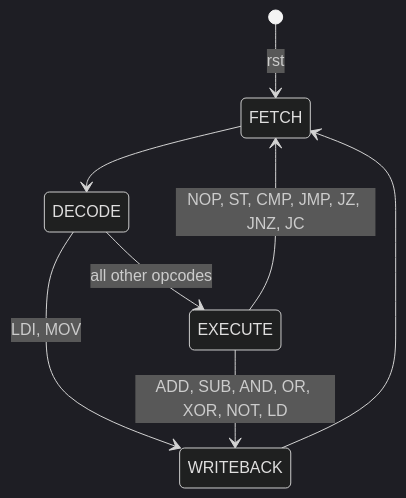
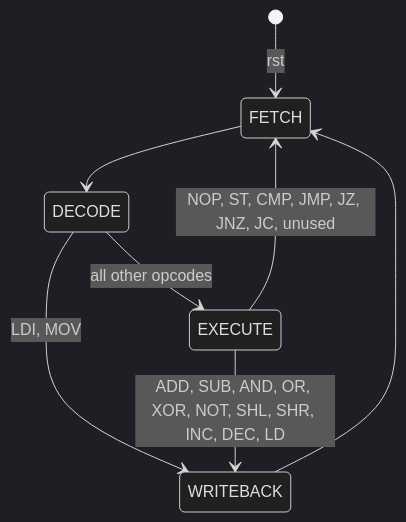
The second of 4 diagrams in README.md (Johnyzour/8-bit-cpu), drawn with Mermaid (dark theme) before and after one commit. The commit also changed other lines of this file and 11 other files, not shown here.

Commit message:
Extend ISA to 24-bit instructions, add SHL/SHR/INC/DEC

````diff
--- a/README.md
+++ b/README.md
@@ -142,10 +194,10 @@
 ```mermaid
 stateDiagram-v2
     [*] --> FETCH: rst
     FETCH --> DECODE
     DECODE --> WRITEBACK: LDI, MOV
     DECODE --> EXECUTE: all other opcodes
-    EXECUTE --> WRITEBACK: ADD, SUB, AND, OR, XOR, NOT, LD
-    EXECUTE --> FETCH: NOP, ST, CMP, JMP, JZ, JNZ, JC
+    EXECUTE --> WRITEBACK: ADD, SUB, AND, OR, XOR, NOT, SHL, SHR, INC, DEC, LD
+    EXECUTE --> FETCH: NOP, ST, CMP, JMP, JZ, JNZ, JC, unused
     WRITEBACK --> FETCH
 ```
````
